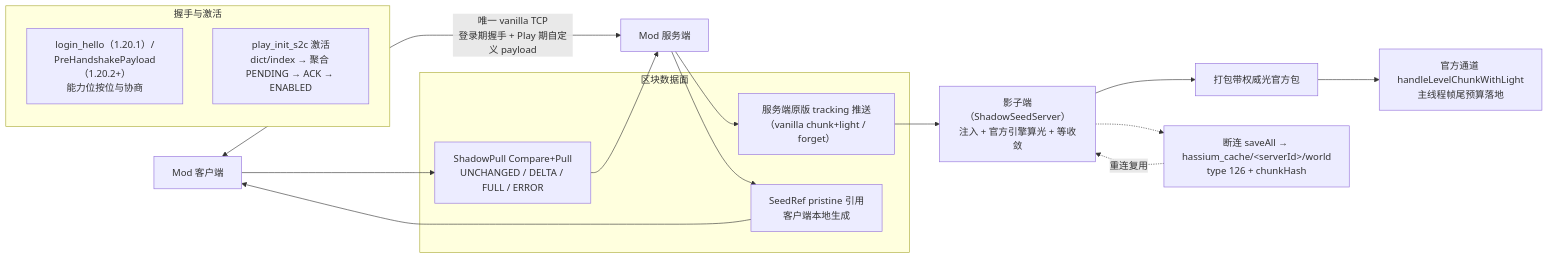
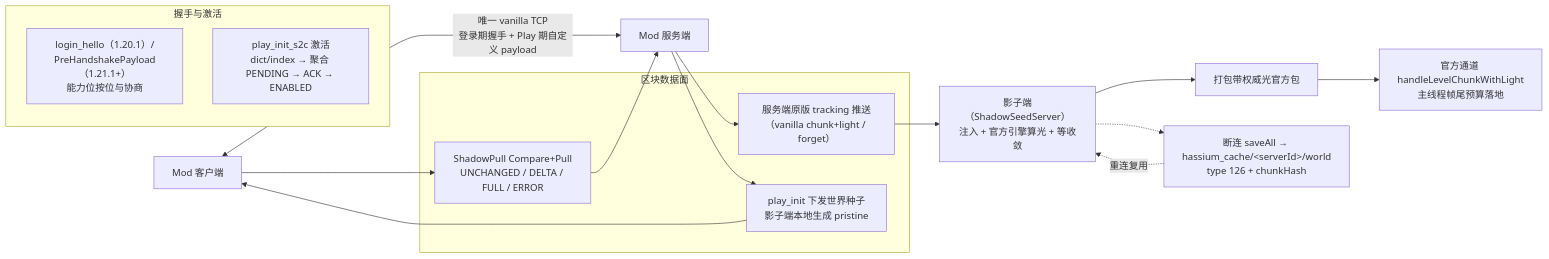
The diagram in README.md (limuqy/Hassium), drawn with Mermaid before and after one commit. The commit also changed other lines of this file and 29 other files, not shown here.

````diff
--- a/README.md
+++ b/README.md
@@ -130,24 +131,24 @@
 ```mermaid
 flowchart LR
     client["Mod 客户端"] <-->|"唯一 vanilla TCP<br/>登录期握手 + Play 期自定义 payload"| server["Mod 服务端"]
     subgraph 握手与激活
-        hs["login_hello（1.20.1）/<br/>PreHandshakePayload（1.20.2+）<br/>能力位按位与协商"]
+        hs["login_hello（1.20.1）/<br/>PreHandshakePayload（1.21.1+）<br/>能力位按位与协商"]
         act["play_init_s2c 激活<br/>dict/index → 聚合 PENDING → ACK → ENABLED"]
     end
     subgraph 区块数据面
         push["服务端原版 tracking 推送<br/>（vanilla chunk+light / forget）"]
         pull["ShadowPull Compare+Pull<br/>UNCHANGED / DELTA / FULL / ERROR"]
-        seed["SeedRef pristine 引用<br/>客户端本地生成"]
+        seed["play_init 下发世界种子<br/>影子端本地生成 pristine"]
     end
     shadow["影子端（ShadowSeedServer）<br/>注入 + 官方引擎算光 + 等收敛"]
     pack["打包带权威光官方包"]
     apply["官方通道 handleLevelChunkWithLight<br/>主线程帧尾预算落地"]
     save["断连 saveAll → hassium_cache/&lt;serverId&gt;/world<br/>type 126 + chunkHash"]
 
     server --> push --> shadow
     client --> pull --> server
     server --> seed --> client
     shadow --> pack --> apply
     shadow -.-> save
     save -.->|"重连复用"| shadow
 ```
````
